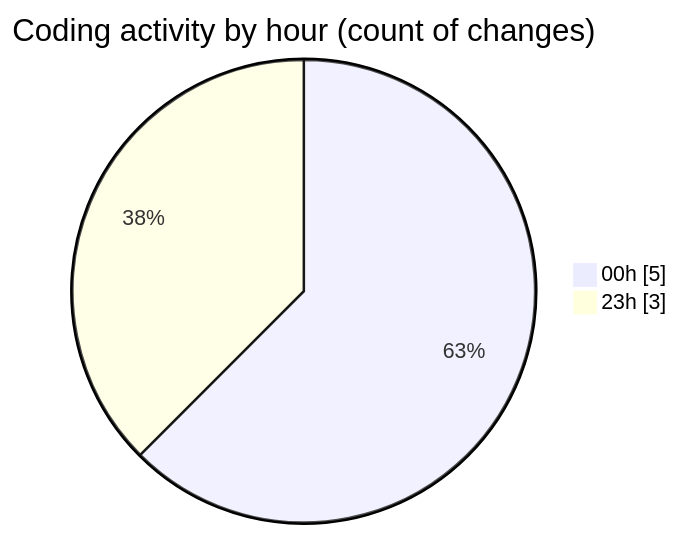
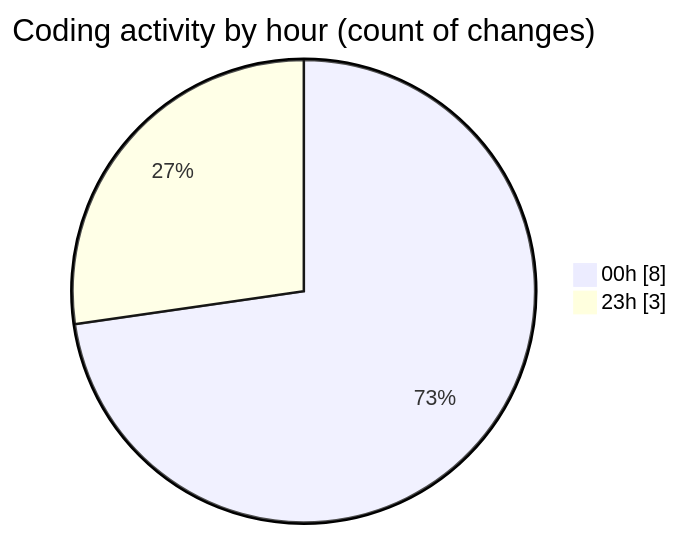
One commit to donsfak/code-tracking changed the second of 2 diagrams in 2025-02-17/uber_clone/README.md. Above: the diagram before and after it, drawn with Mermaid. The commit also changed other lines of this file and 1 other file, not shown here.

````diff
--- a/2025-02-17/uber_clone/README.md
+++ b/2025-02-17/uber_clone/README.md
@@ -29,6 +29,6 @@
 ```mermaid
 pie showData
 title Coding activity by hour (count of changes)
-"00h" : 5
+"00h" : 8
 "23h" : 3
 ```
````
